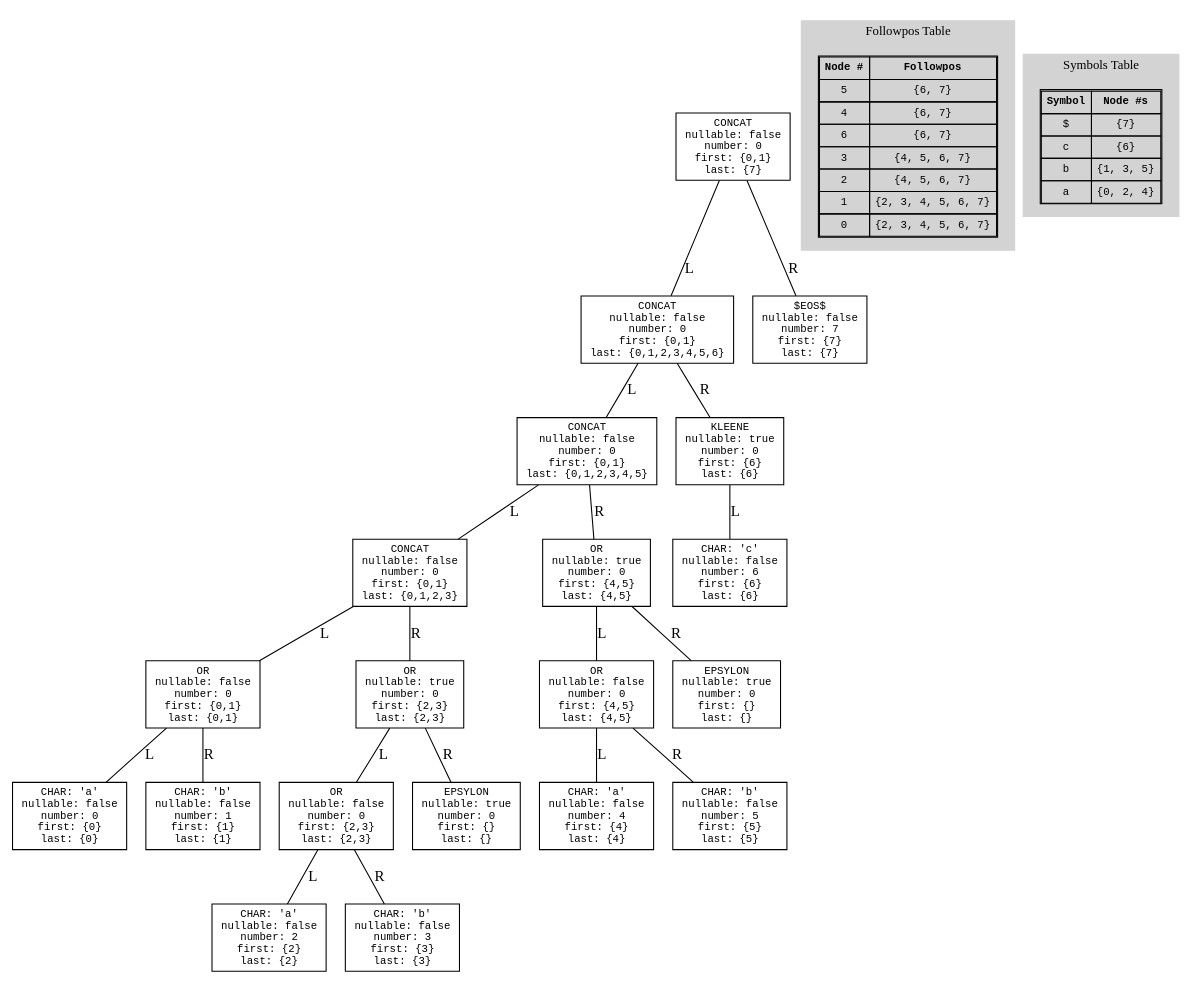
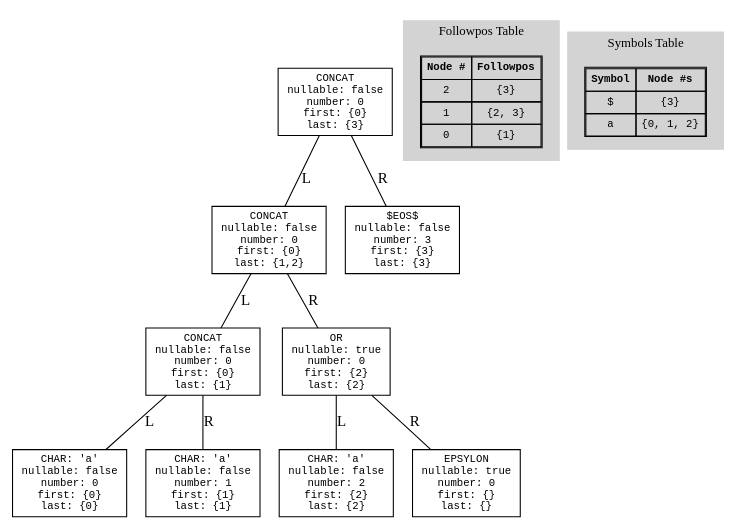
One commit to HotHeadd/automata25_mephi changed the diagram in 2/visuals/ast_plus.dot. Above: the diagram before and after it, drawn with Graphviz. The commit also changed 5 other files, not shown here.

```diff
--- a/2/visuals/ast_plus.dot
+++ b/2/visuals/ast_plus.dot
@@ -1,81 +1,53 @@
 digraph SyntaxTree {
   node [shape=box, fontname="Courier", fontsize=10];
   edge [arrowhead=none];
 
-  0 [label="CONCAT\nnullable: false\nnumber: 0\nfirst: {0,1}\nlast: {7}"];
-  1 [label="CONCAT\nnullable: false\nnumber: 0\nfirst: {0,1}\nlast: {0,1,2,3,4,5,6}"];
-  2 [label="CONCAT\nnullable: false\nnumber: 0\nfirst: {0,1}\nlast: {0,1,2,3,4,5}"];
-  3 [label="CONCAT\nnullable: false\nnumber: 0\nfirst: {0,1}\nlast: {0,1,2,3}"];
-  4 [label="OR\nnullable: false\nnumber: 0\nfirst: {0,1}\nlast: {0,1}"];
-  5 [label="CHAR: 'a'\nnullable: false\nnumber: 0\nfirst: {0}\nlast: {0}"];
-  4 -> 5 [label="L"];
-  6 [label="CHAR: 'b'\nnullable: false\nnumber: 1\nfirst: {1}\nlast: {1}"];
-  4 -> 6 [label="R"];
-  3 -> 4 [label="L"];
-  7 [label="OR\nnullable: true\nnumber: 0\nfirst: {2,3}\nlast: {2,3}"];
-  8 [label="OR\nnullable: false\nnumber: 0\nfirst: {2,3}\nlast: {2,3}"];
-  9 [label="CHAR: 'a'\nnullable: false\nnumber: 2\nfirst: {2}\nlast: {2}"];
-  8 -> 9 [label="L"];
-  10 [label="CHAR: 'b'\nnullable: false\nnumber: 3\nfirst: {3}\nlast: {3}"];
-  8 -> 10 [label="R"];
-  7 -> 8 [label="L"];
-  11 [label="EPSYLON\nnullable: true\nnumber: 0\nfirst: {}\nlast: {}"];
-  7 -> 11 [label="R"];
-  3 -> 7 [label="R"];
+  0 [label="CONCAT\nnullable: false\nnumber: 0\nfirst: {0}\nlast: {3}"];
+  1 [label="CONCAT\nnullable: false\nnumber: 0\nfirst: {0}\nlast: {1,2}"];
+  2 [label="CONCAT\nnullable: false\nnumber: 0\nfirst: {0}\nlast: {1}"];
+  3 [label="CHAR: 'a'\nnullable: false\nnumber: 0\nfirst: {0}\nlast: {0}"];
   2 -> 3 [label="L"];
-  12 [label="OR\nnullable: true\nnumber: 0\nfirst: {4,5}\nlast: {4,5}"];
-  13 [label="OR\nnullable: false\nnumber: 0\nfirst: {4,5}\nlast: {4,5}"];
-  14 [label="CHAR: 'a'\nnullable: false\nnumber: 4\nfirst: {4}\nlast: {4}"];
-  13 -> 14 [label="L"];
-  15 [label="CHAR: 'b'\nnullable: false\nnumber: 5\nfirst: {5}\nlast: {5}"];
-  13 -> 15 [label="R"];
-  12 -> 13 [label="L"];
-  16 [label="EPSYLON\nnullable: true\nnumber: 0\nfirst: {}\nlast: {}"];
-  12 -> 16 [label="R"];
-  2 -> 12 [label="R"];
+  4 [label="CHAR: 'a'\nnullable: false\nnumber: 1\nfirst: {1}\nlast: {1}"];
+  2 -> 4 [label="R"];
   1 -> 2 [label="L"];
-  17 [label="KLEENE\nnullable: true\nnumber: 0\nfirst: {6}\nlast: {6}"];
-  18 [label="CHAR: 'c'\nnullable: false\nnumber: 6\nfirst: {6}\nlast: {6}"];
-  17 -> 18 [label="L"];
-  1 -> 17 [label="R"];
+  5 [label="OR\nnullable: true\nnumber: 0\nfirst: {2}\nlast: {2}"];
+  6 [label="CHAR: 'a'\nnullable: false\nnumber: 2\nfirst: {2}\nlast: {2}"];
+  5 -> 6 [label="L"];
+  7 [label="EPSYLON\nnullable: true\nnumber: 0\nfirst: {}\nlast: {}"];
+  5 -> 7 [label="R"];
+  1 -> 5 [label="R"];
   0 -> 1 [label="L"];
-  19 [label="$EOS$\nnullable: false\nnumber: 7\nfirst: {7}\nlast: {7}"];
-  0 -> 19 [label="R"];
+  8 [label="$EOS$\nnullable: false\nnumber: 3\nfirst: {3}\nlast: {3}"];
+  0 -> 8 [label="R"];
 
   subgraph cluster_followpos {
     label="Followpos Table";
     fontsize=12;
     style=filled;
     color=lightgrey;
     node [shape=plaintext];
     follow_table [label=<
       <table border="1" cellborder="1" cellspacing="0" cellpadding="4">
         <tr><td><b>Node #</b></td><td><b>Followpos</b></td></tr>
-        <tr><td>5</td><td>{6, 7}</td></tr>
-        <tr><td>4</td><td>{6, 7}</td></tr>
-        <tr><td>6</td><td>{6, 7}</td></tr>
-        <tr><td>3</td><td>{4, 5, 6, 7}</td></tr>
-        <tr><td>2</td><td>{4, 5, 6, 7}</td></tr>
-        <tr><td>1</td><td>{2, 3, 4, 5, 6, 7}</td></tr>
-        <tr><td>0</td><td>{2, 3, 4, 5, 6, 7}</td></tr>
+        <tr><td>2</td><td>{3}</td></tr>
+        <tr><td>1</td><td>{2, 3}</td></tr>
+        <tr><td>0</td><td>{1}</td></tr>
       </table>
     >];
   }
 
   subgraph cluster_symbols {
     label="Symbols Table";
     fontsize=12;
     style=filled;
     color=lightgrey;
     node [shape=plaintext];
     symbols_table [label=<
       <table border="1" cellborder="1" cellspacing="0" cellpadding="4">
         <tr><td><b>Symbol</b></td><td><b>Node #s</b></td></tr>
-        <tr><td>$</td><td>{7}</td></tr>
-        <tr><td>c</td><td>{6}</td></tr>
-        <tr><td>b</td><td>{1, 3, 5}</td></tr>
-        <tr><td>a</td><td>{0, 2, 4}</td></tr>
+        <tr><td>$</td><td>{3}</td></tr>
+        <tr><td>a</td><td>{0, 1, 2}</td></tr>
       </table>
     >];
   }
 }
```
